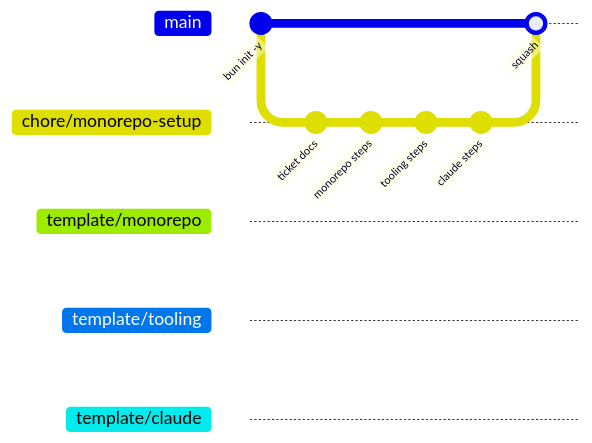
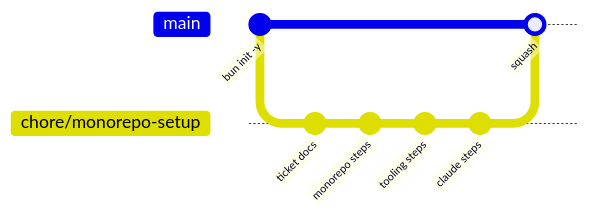
The second of 3 diagrams in docs/tickets/2026-10-15_monorepo-setup/architecture.md (khotei/app-template), drawn with Mermaid before and after one commit. The commit also changed other lines of this file and 7 other files, not shown here.

First line of the commit message:
:memo: docs(monorepo-setup): Deliver on one branch, record run 1

````diff
--- a/docs/tickets/2026-10-15_monorepo-setup/architecture.md
+++ b/docs/tickets/2026-10-15_monorepo-setup/architecture.md
@@ -35,16 +35,11 @@
 ```mermaid
 gitGraph
   commit id: "bun init -y"
   branch chore/monorepo-setup
   commit id: "ticket docs"
   commit id: "monorepo steps"
-  branch template/monorepo
-  checkout chore/monorepo-setup
   commit id: "tooling steps"
-  branch template/tooling
-  checkout chore/monorepo-setup
   commit id: "claude steps"
-  branch template/claude
   checkout main
   merge chore/monorepo-setup id: "squash"
 ```
````
